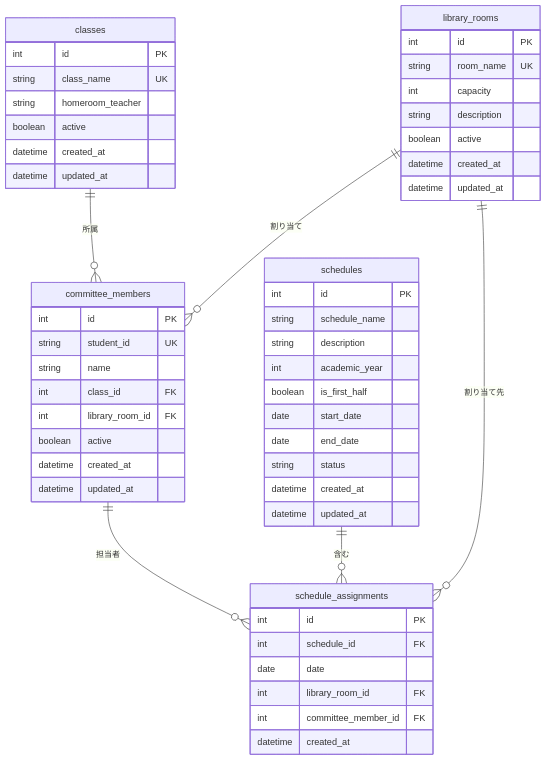
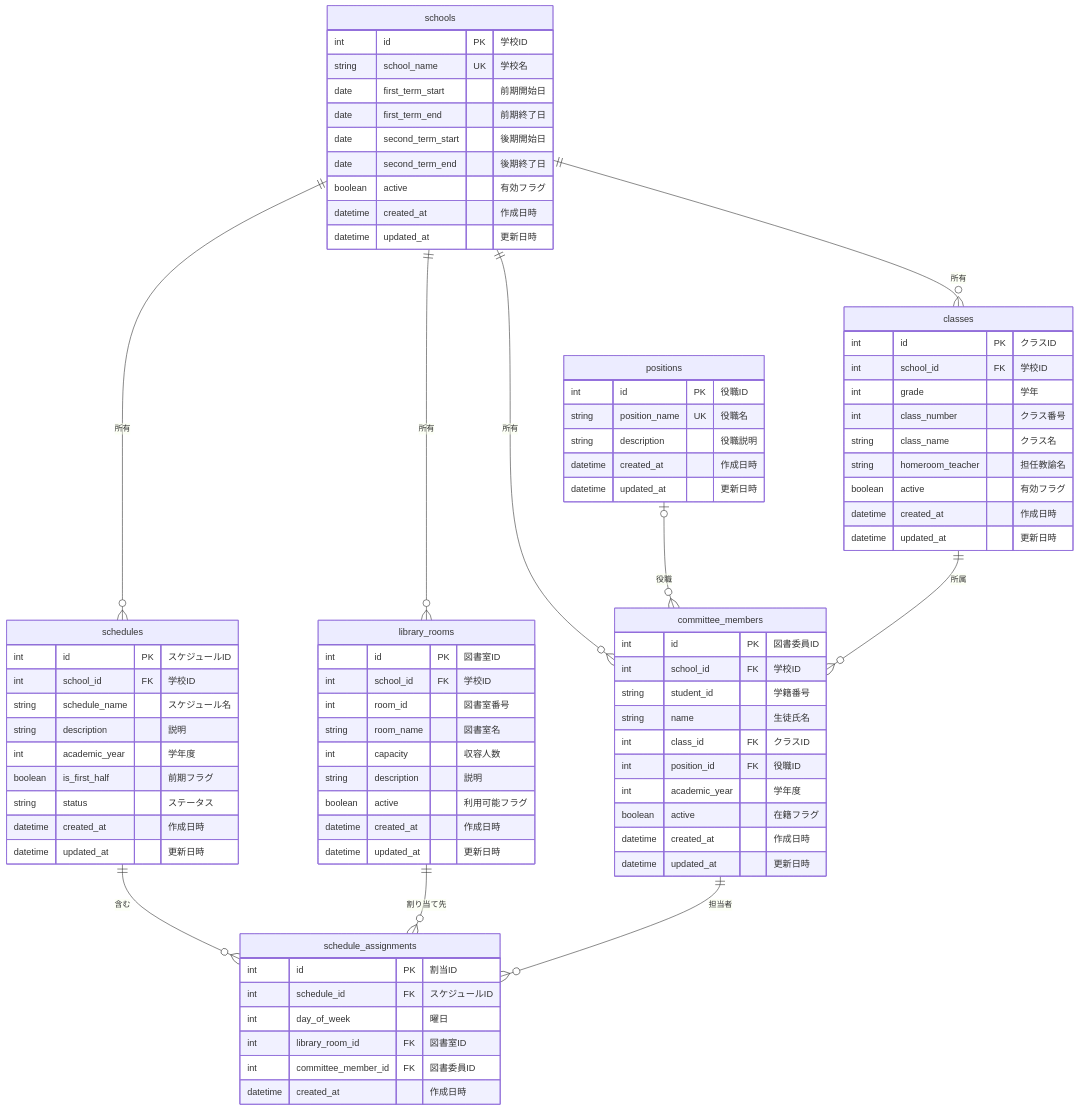
The diagram in docs/database_design.md (ysogabe/tosho-in-wariate-kun), drawn with Mermaid before and after one commit. The commit also changed other lines of this file and 15 other files, not shown here.

Commit message:
feat: restructure database schema with new tables and relationships for schools and positions

````diff
--- a/docs/database_design.md
+++ b/docs/database_design.md
@@ -120,60 +186,90 @@
 ```mermaid
 erDiagram
+    schools ||--o{ classes : "所有"
+    schools ||--o{ library_rooms : "所有"
+    schools ||--o{ schedules : "所有"
+    schools ||--o{ committee_members : "所有"
+    positions |o--o{ committee_members : "役職"
     classes ||--o{ committee_members : "所属"
-    library_rooms ||--o{ committee_members : "割り当て"
     schedules ||--o{ schedule_assignments : "含む"
     library_rooms ||--o{ schedule_assignments : "割り当て先"
     committee_members ||--o{ schedule_assignments : "担当者"
     
+    schools {
+        int id PK "学校ID"
+        string school_name UK "学校名"
+        date first_term_start "前期開始日"
+        date first_term_end "前期終了日"
+        date second_term_start "後期開始日"
+        date second_term_end "後期終了日"
+        boolean active "有効フラグ"
+        datetime created_at "作成日時"
+        datetime updated_at "更新日時"
+    }
+    
+    positions {
+        int id PK "役職ID"
+        string position_name UK "役職名"
+        string description "役職説明"
+        datetime created_at "作成日時"
+        datetime updated_at "更新日時"
+    }
+    
     classes {
-        int id PK
-        string class_name UK
-        string homeroom_teacher
-        boolean active
-        datetime created_at
-        datetime updated_at
+        int id PK "クラスID"
+        int school_id FK "学校ID"
+        int grade "学年"
+        int class_number "クラス番号"
+        string class_name "クラス名"
+        string homeroom_teacher "担任教諭名"
+        boolean active "有効フラグ"
+        datetime created_at "作成日時"
+        datetime updated_at "更新日時"
     }
     
     committee_members {
-        int id PK
-        string student_id UK
-        string name
-        int class_id FK
-        int library_room_id FK
-        boolean active
-        datetime created_at
-        datetime updated_at
+        int id PK "図書委員ID"
+        int school_id FK "学校ID"
+        string student_id "学籍番号"
+        string name "生徒氏名"
+        int class_id FK "クラスID"
+        int position_id FK "役職ID"
+        int academic_year "学年度"
+        boolean active "在籍フラグ"
+        datetime created_at "作成日時"
+        datetime updated_at "更新日時"
     }
     
     library_rooms {
-        int id PK
-        string room_name UK
-        int capacity
-        string description
-        boolean active
-        datetime created_at
-        datetime updated_at
+        int id PK "図書室ID"
+        int school_id FK "学校ID"
+        int room_id "図書室番号"
+        string room_name "図書室名"
+        int capacity "収容人数"
+        string description "説明"
+        boolean active "利用可能フラグ"
+        datetime created_at "作成日時"
+        datetime updated_at "更新日時"
     }
     
     schedules {
-        int id PK
-        string schedule_name
-        string description
-        int academic_year
-        boolean is_first_half
-        date start_date
-        date end_date
-        string status
-        datetime created_at
-        datetime updated_at
+        int id PK "スケジュールID"
+        int school_id FK "学校ID"
+        string schedule_name "スケジュール名"
+        string description "説明"
+        int academic_year "学年度"
+        boolean is_first_half "前期フラグ"
+        string status "ステータス"
+        datetime created_at "作成日時"
+        datetime updated_at "更新日時"
     }
     
     schedule_assignments {
-        int id PK
-        int schedule_id FK
-        date date
-        int library_room_id FK
-        int committee_member_id FK
-        datetime created_at
+        int id PK "割当ID"
+        int schedule_id FK "スケジュールID"
+        int day_of_week "曜日"
+        int library_room_id FK "図書室ID"
+        int committee_member_id FK "図書委員ID"
+        datetime created_at "作成日時"
     }
 ```
````
